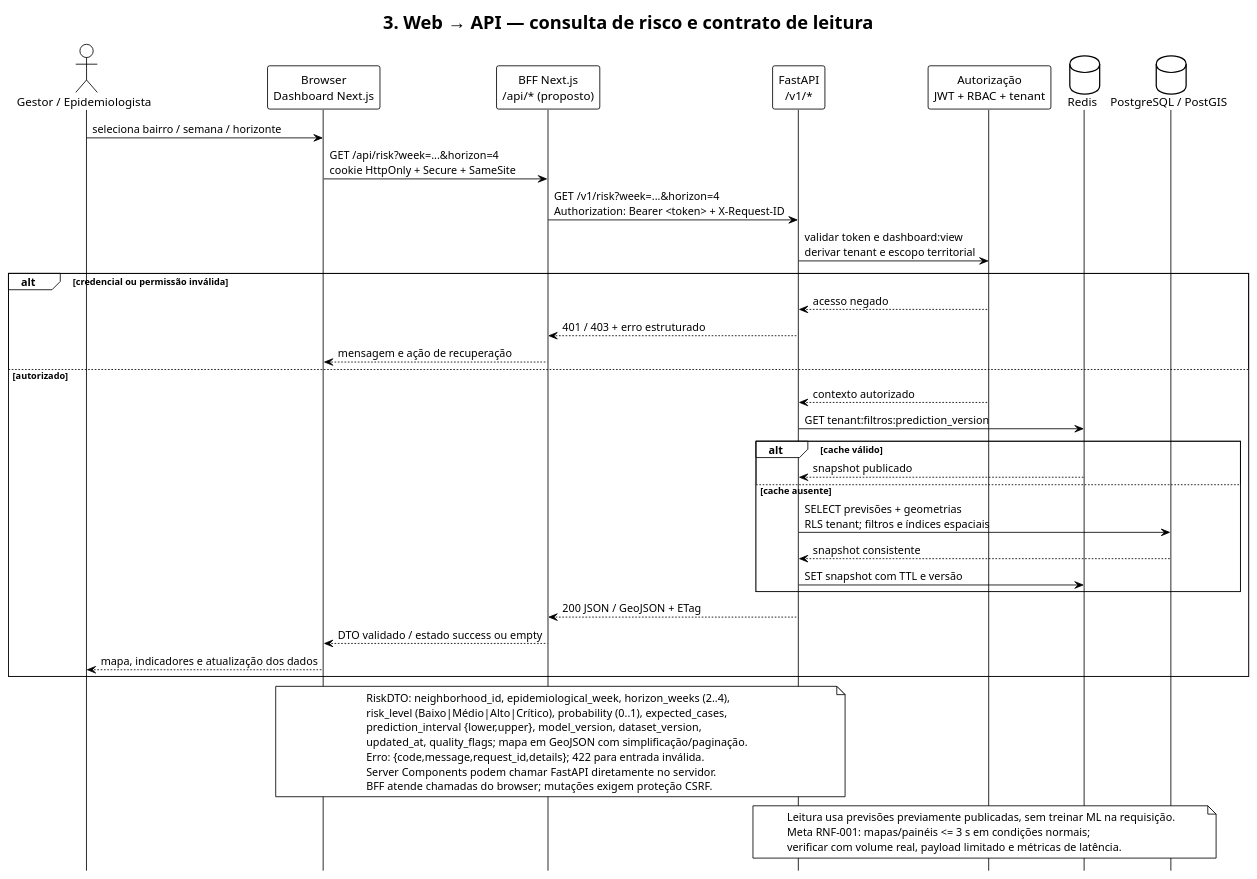
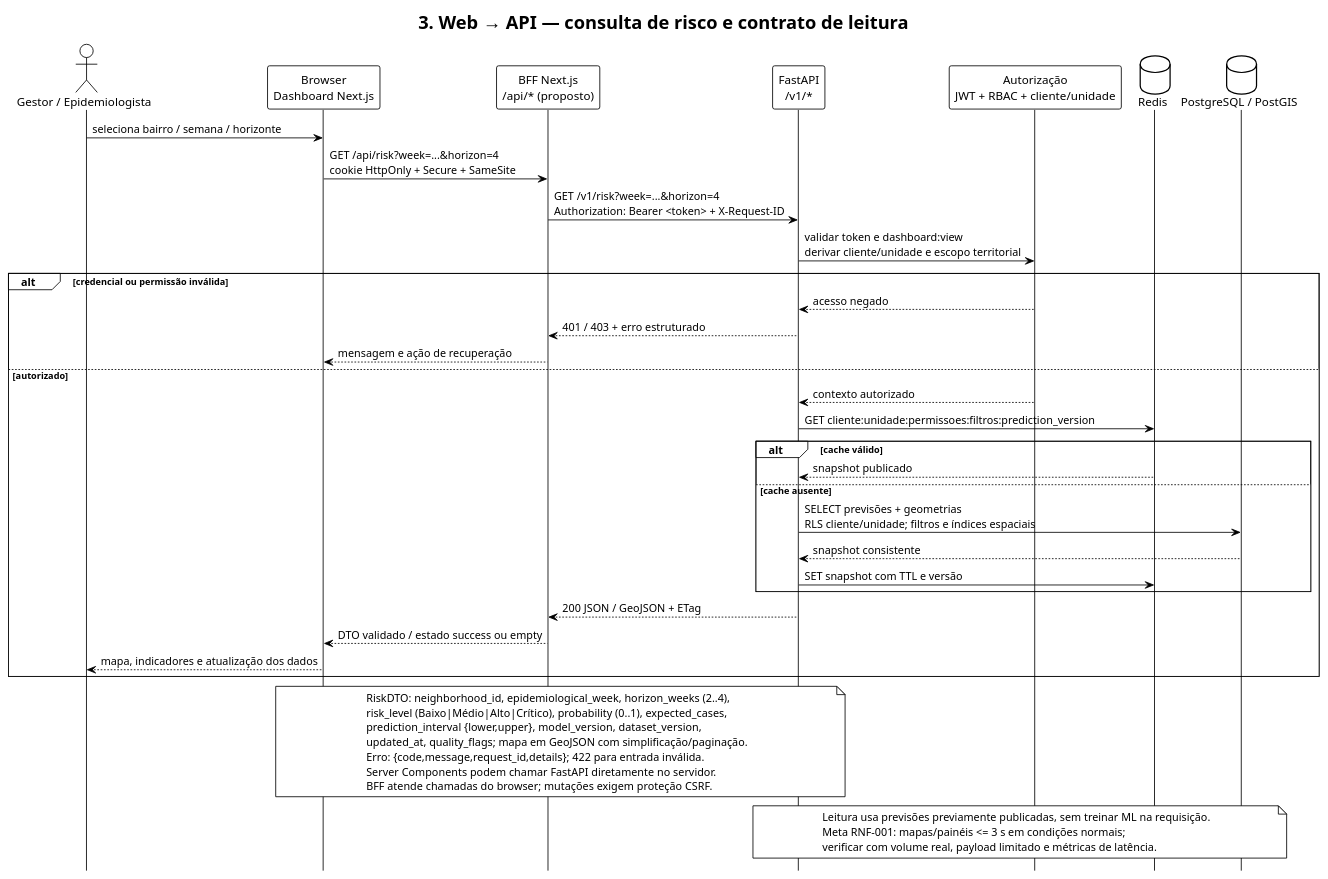
The diagram in docs/arquitetura/preview/Denguinhos_03_Consulta_Web_API.puml (FabinhoFarias/projeto-informatica-em-saude), drawn with PlantUML before and after one commit. The commit also changed 28 other files, not shown here.

```diff
--- a/docs/arquitetura/preview/Denguinhos_03_Consulta_Web_API.puml
+++ b/docs/arquitetura/preview/Denguinhos_03_Consulta_Web_API.puml
@@ -2,49 +2,49 @@
 @startuml Denguinhos_03_Consulta_Web_API
     !theme plain
     skinparam shadowing false
     hide footbox
     title 3. Web → API — consulta de risco e contrato de leitura
     actor "Gestor / Epidemiologista" as User
     participant "Browser\nDashboard Next.js" as Web
     participant "BFF Next.js\n/api/* (proposto)" as BFF
     participant "FastAPI\n/v1/*" as API
-    participant "Autorização\nJWT + RBAC + tenant" as Auth
+    participant "Autorização\nJWT + RBAC + cliente/unidade" as Auth
     database "Redis" as Cache
     database "PostgreSQL / PostGIS" as DB
     User -> Web : seleciona bairro / semana / horizonte
     Web -> BFF : GET /api/risk?week=...&horizon=4\ncookie HttpOnly + Secure + SameSite
     BFF -> API : GET /v1/risk?week=...&horizon=4\nAuthorization: Bearer <token> + X-Request-ID
-    API -> Auth : validar token e dashboard:view\nderivar tenant e escopo territorial
+    API -> Auth : validar token e dashboard:view\nderivar cliente/unidade e escopo territorial
     alt credencial ou permissão inválida
     Auth --> API : acesso negado
     API --> BFF : 401 / 403 + erro estruturado
     BFF --> Web : mensagem e ação de recuperação
     else autorizado
     Auth --> API : contexto autorizado
-    API -> Cache : GET tenant:filtros:prediction_version
+    API -> Cache : GET cliente:unidade:permissoes:filtros:prediction_version
     alt cache válido
         Cache --> API : snapshot publicado
     else cache ausente
-        API -> DB : SELECT previsões + geometrias\nRLS tenant; filtros e índices espaciais
+        API -> DB : SELECT previsões + geometrias\nRLS cliente/unidade; filtros e índices espaciais
         DB --> API : snapshot consistente
         API -> Cache : SET snapshot com TTL e versão
     end
     API --> BFF : 200 JSON / GeoJSON + ETag
     BFF --> Web : DTO validado / estado success ou empty
     Web --> User : mapa, indicadores e atualização dos dados
     end
     note over Web,API
     RiskDTO: neighborhood_id, epidemiological_week, horizon_weeks (2..4),
     risk_level (Baixo|Médio|Alto|Crítico), probability (0..1), expected_cases,
     prediction_interval {lower,upper}, model_version, dataset_version,
     updated_at, quality_flags; mapa em GeoJSON com simplificação/paginação.
     Erro: {code,message,request_id,details}; 422 para entrada inválida.
     Server Components podem chamar FastAPI diretamente no servidor.
     BFF atende chamadas do browser; mutações exigem proteção CSRF.
     end note
     note over API,DB
     Leitura usa previsões previamente publicadas, sem treinar ML na requisição.
     Meta RNF-001: mapas/painéis <= 3 s em condições normais;
     verificar com volume real, payload limitado e métricas de latência.
     end note
     @enduml
```
